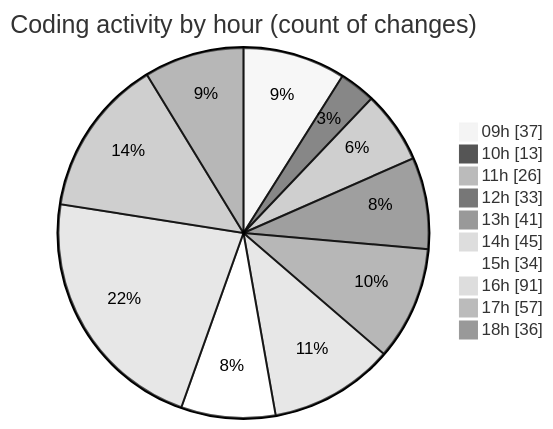
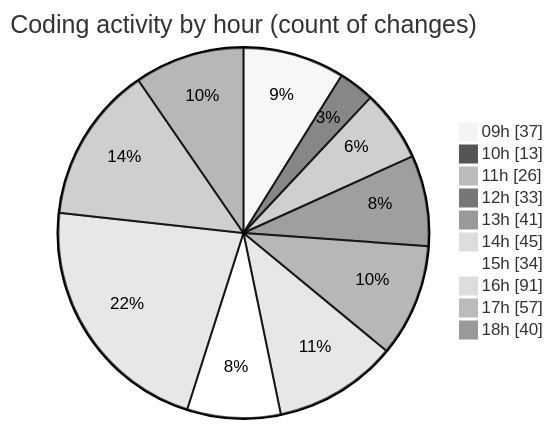
Before and after one commit to momahboobian/code-tracking: the second of 2 diagrams in 2026-04-23/cda/README.md, drawn with Mermaid (neutral theme). The commit also changed other lines of this file and 1 other file, not shown here.

````diff
--- a/2026-04-23/cda/README.md
+++ b/2026-04-23/cda/README.md
@@ -57,14 +57,14 @@
 ```mermaid
 pie showData
 title Coding activity by hour (count of changes)
 "09h" : 37
 "10h" : 13
 "11h" : 26
 "12h" : 33
 "13h" : 41
 "14h" : 45
 "15h" : 34
 "16h" : 91
 "17h" : 57
-"18h" : 36
+"18h" : 40
 ```
````
